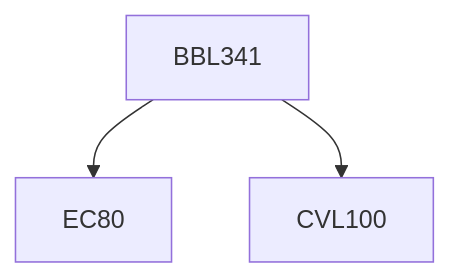
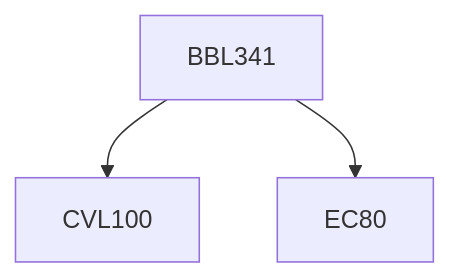
One commit to KeshavBansal0122/CoS_Website changed the diagram in content/Biochemical Engineering and Biotechnology/BBL341.md. Above: the diagram before and after it, drawn with Mermaid. The commit also changed other lines of this file and 2662 other files, not shown here.

````diff
--- a/content/Biochemical Engineering and Biotechnology/BBL341.md
+++ b/content/Biochemical Engineering and Biotechnology/BBL341.md
@@ -13,9 +13,9 @@
 ```mermaid
 flowchart TD
 BBL341-73[BBL341]
+BBL341-73 --> CVL100-73[CVL100]
 BBL341-73 --> EC80-73[EC80]
-BBL341-73 --> CVL100-73[CVL100]
 
 classDef empty height:17px, fill:transparent, stroke:transparent;
 classDef trueEmpty height:0px, width:0px;
 ```
````
